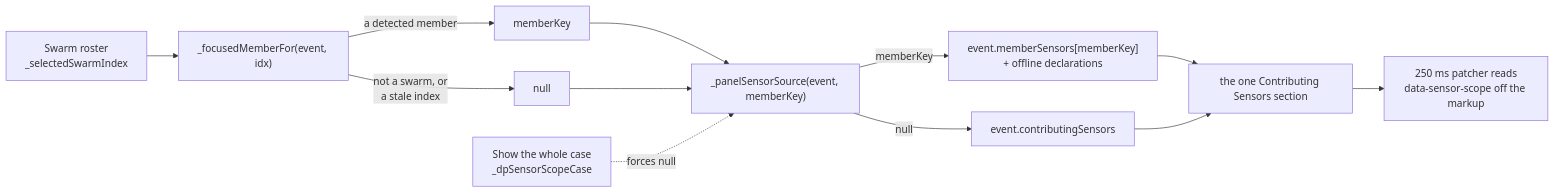
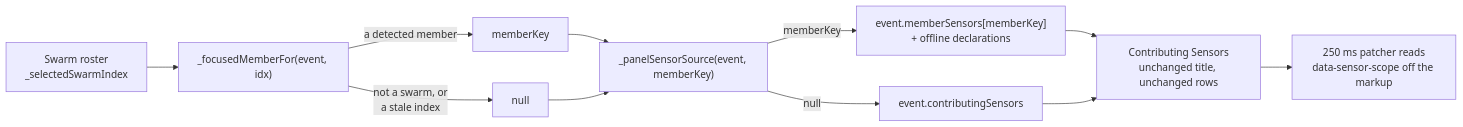
The third of 4 diagrams in docs/swarm-individual-tracking-architecture.md (Luckyluc321/ISR-Systems-c2-platform), drawn with Mermaid before and after one commit. The commit also changed other lines of this file and 2 other files, not shown here.

````diff
--- a/docs/swarm-individual-tracking-architecture.md
+++ b/docs/swarm-individual-tracking-architecture.md
@@ -115,14 +115,13 @@
 ```mermaid
 flowchart LR
     R["Swarm roster<br/>_selectedSwarmIndex"] --> F["_focusedMemberFor(event, idx)"]
     F -->|"a detected member"| MK["memberKey"]
     F -->|"not a swarm, or<br/>a stale index"| NUL["null"]
     MK --> P["_panelSensorSource(event, memberKey)"]
     NUL --> P
-    B["Show the whole case<br/>_dpSensorScopeCase"] -.->|"forces null"| P
     P -->|"memberKey"| OWN["event.memberSensors[memberKey]<br/>+ offline declarations"]
     P -->|"null"| UNI["event.contributingSensors"]
-    OWN --> SEC["the one Contributing Sensors section"]
+    OWN --> SEC["Contributing Sensors<br/>unchanged title, unchanged rows"]
     UNI --> SEC
     SEC --> PATCH["250 ms patcher reads<br/>data-sensor-scope off the markup"]
 ```
````
